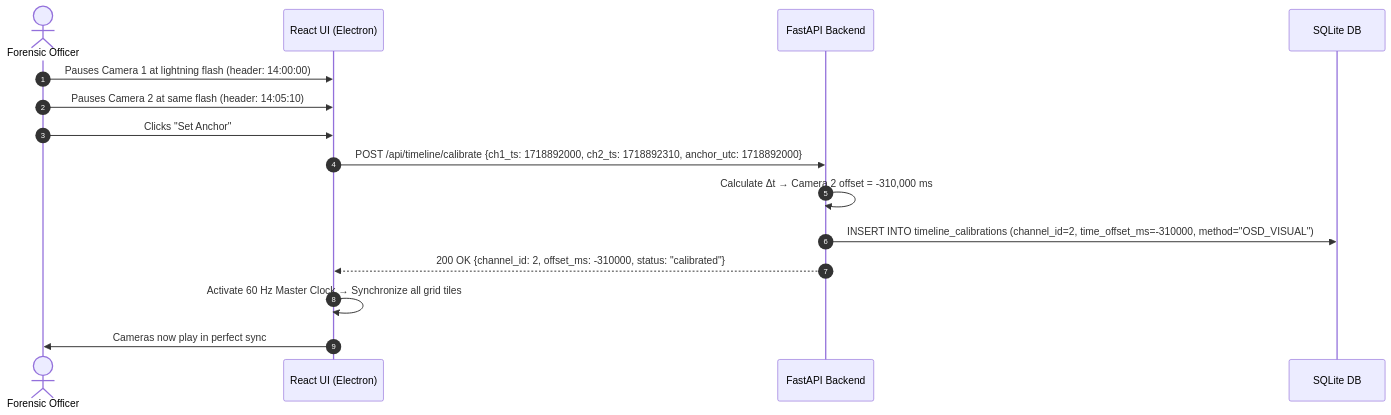
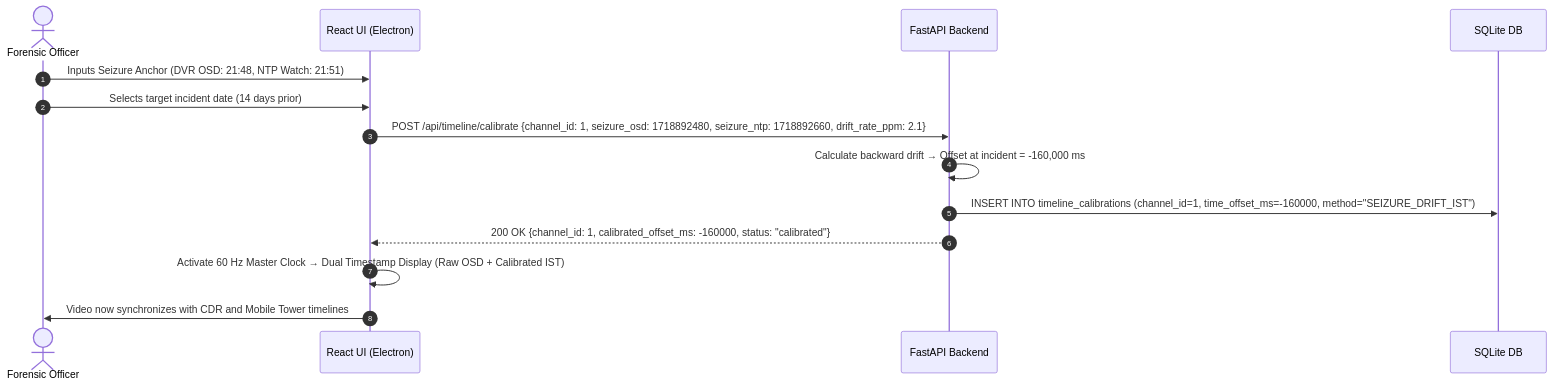
The diagram in MVP/features/timeline-sync/timeline-sync.md (rehanhalai/locus-docs), drawn with Mermaid before and after one commit. The commit also changed other lines of this file and 5 other files, not shown here.

````diff
--- a/MVP/features/timeline-sync/timeline-sync.md
+++ b/MVP/features/timeline-sync/timeline-sync.md
@@ -141,18 +151,17 @@
 ```mermaid
 sequenceDiagram
     autonumber
     actor Officer as Forensic Officer
     participant UI as React UI (Electron)
     participant API as FastAPI Backend
     participant DB as SQLite DB
 
-    Officer->>UI: Pauses Camera 1 at lightning flash (header: 14:00:00)
-    Officer->>UI: Pauses Camera 2 at same flash (header: 14:05:10)
-    Officer->>UI: Clicks "Set Anchor"
-    UI->>API: POST /api/timeline/calibrate {ch1_ts: 1718892000, ch2_ts: 1718892310, anchor_utc: 1718892000}
-    API->>API: Calculate Δt → Camera 2 offset = -310,000 ms
-    API->>DB: INSERT INTO timeline_calibrations (channel_id=2, time_offset_ms=-310000, method="OSD_VISUAL")
-    API-->>UI: 200 OK {channel_id: 2, offset_ms: -310000, status: "calibrated"}
-    UI->>UI: Activate 60 Hz Master Clock → Synchronize all grid tiles
-    UI->>Officer: Cameras now play in perfect sync
+    Officer->>UI: Inputs Seizure Anchor (DVR OSD: 21:48, NTP Watch: 21:51)
+    Officer->>UI: Selects target incident date (14 days prior)
+    UI->>API: POST /api/timeline/calibrate {channel_id: 1, seizure_osd: 1718892480, seizure_ntp: 1718892660, drift_rate_ppm: 2.1}
+    API->>API: Calculate backward drift → Offset at incident = -160,000 ms
+    API->>DB: INSERT INTO timeline_calibrations (channel_id=1, time_offset_ms=-160000, method="SEIZURE_DRIFT_IST")
+    API-->>UI: 200 OK {channel_id: 1, calibrated_offset_ms: -160000, status: "calibrated"}
+    UI->>UI: Activate 60 Hz Master Clock → Dual Timestamp Display (Raw OSD + Calibrated IST)
+    UI->>Officer: Video now synchronizes with CDR and Mobile Tower timelines
 ```
````
